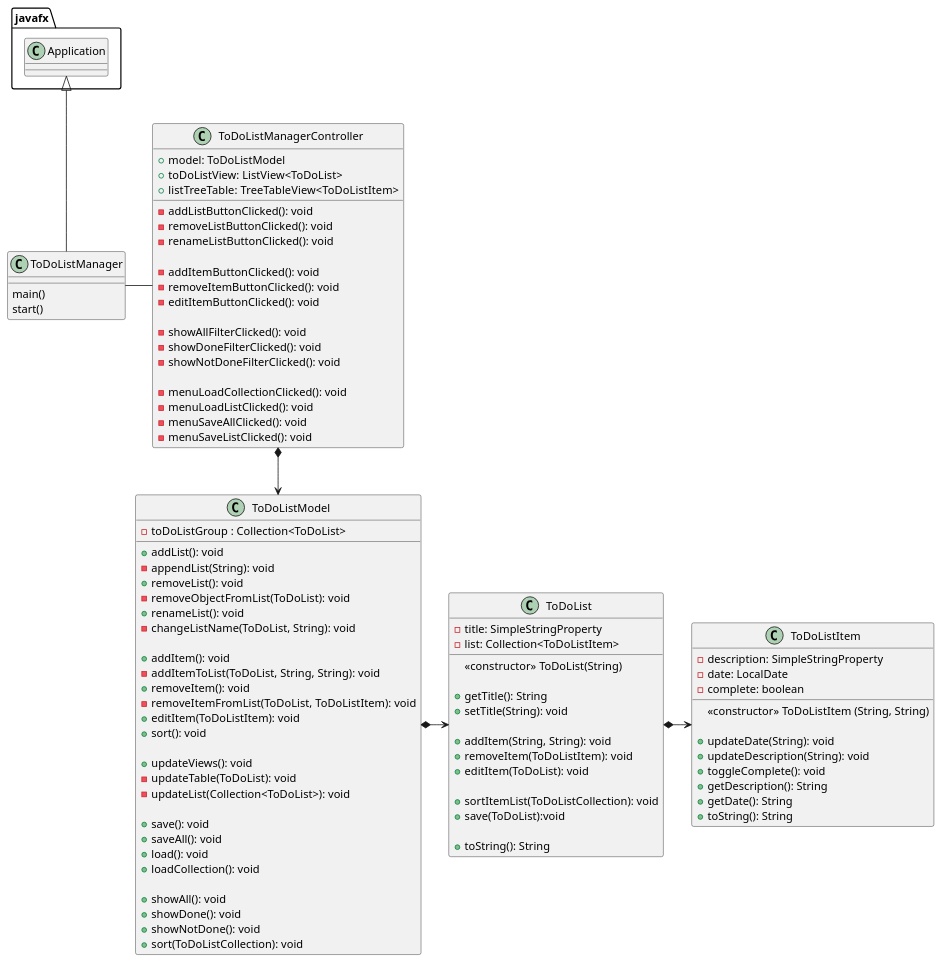
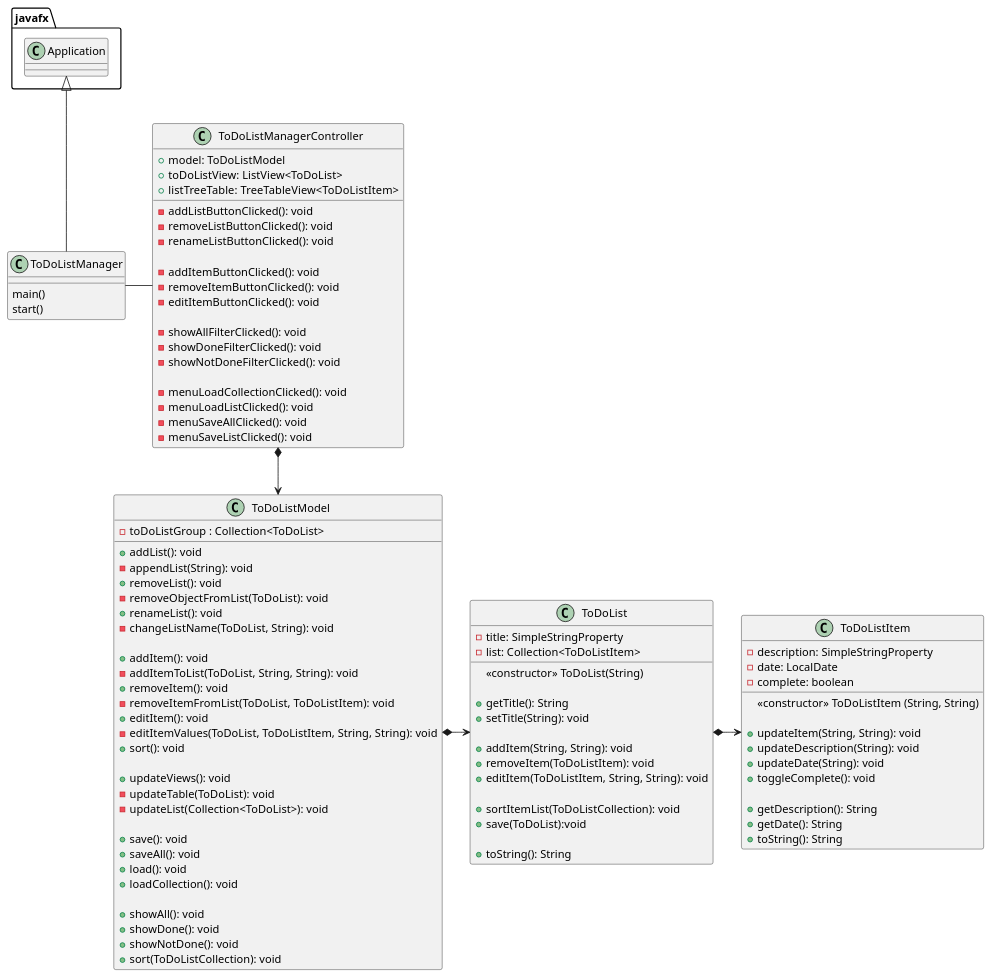
Before and after one commit to GSabiniPanini/little-cop3330-assignment4: the diagram in uml/ToDoListManager.puml, drawn with PlantUML. The commit also changed 5 other files, not shown here.

```diff
--- a/uml/ToDoListManager.puml
+++ b/uml/ToDoListManager.puml
@@ -1,104 +1,107 @@
 @startuml
 'https://plantuml.com/class-diagram'
 
 class ToDoListManager {
     main()
     start()
 }
 
 class ToDoListManagerController {
     + model: ToDoListModel
     + toDoListView: ListView<ToDoList>
     + listTreeTable: TreeTableView<ToDoListItem>
 
     - addListButtonClicked(): void
     - removeListButtonClicked(): void
     - renameListButtonClicked(): void
 
     - addItemButtonClicked(): void
     - removeItemButtonClicked(): void
     - editItemButtonClicked(): void
 
     - showAllFilterClicked(): void
     - showDoneFilterClicked(): void
     - showNotDoneFilterClicked(): void
 
     - menuLoadCollectionClicked(): void
     - menuLoadListClicked(): void
     - menuSaveAllClicked(): void
     - menuSaveListClicked(): void
 }
 
 class ToDoListModel {
     - toDoListGroup : Collection<ToDoList>
 
     + addList(): void
     - appendList(String): void
     + removeList(): void
     - removeObjectFromList(ToDoList): void
     + renameList(): void
     - changeListName(ToDoList, String): void
 
     + addItem(): void
     - addItemToList(ToDoList, String, String): void
     + removeItem(): void
     - removeItemFromList(ToDoList, ToDoListItem): void
-    + editItem(ToDoListItem): void
+    + editItem(): void
+    - editItemValues(ToDoList, ToDoListItem, String, String): void
     + sort(): void
 
     + updateViews(): void
     - updateTable(ToDoList): void
     - updateList(Collection<ToDoList>): void
 
     + save(): void
     + saveAll(): void
     + load(): void
     + loadCollection(): void
 
     + showAll(): void
     + showDone(): void
     + showNotDone(): void
     + sort(ToDoListCollection): void
 }
 
 class ToDoList {
     - title: SimpleStringProperty
     - list: Collection<ToDoListItem>
 
     <<constructor>> ToDoList(String)
 
     + getTitle(): String
     + setTitle(String): void
 
     + addItem(String, String): void
     + removeItem(ToDoListItem): void
-    + editItem(ToDoList): void
+    + editItem(ToDoListItem, String, String): void
 
     + sortItemList(ToDoListCollection): void
     + save(ToDoList):void
 
     + toString(): String
 }
 
 class ToDoListItem {
     - description: SimpleStringProperty
     - date: LocalDate
     - complete: boolean
 
     <<constructor>> ToDoListItem (String, String)
 
+    + updateItem(String, String): void
+    + updateDescription(String): void
     + updateDate(String): void
-    + updateDescription(String): void
     + toggleComplete(): void
+
     + getDescription(): String
     + getDate(): String
     + toString(): String
 }
 
 javafx.Application <|-- ToDoListManager
 ToDoListManager - ToDoListManagerController
 ToDoListManagerController *--> ToDoListModel
 ToDoListModel *-> ToDoList
 ToDoList *-> ToDoListItem
 
 @enduml
```
